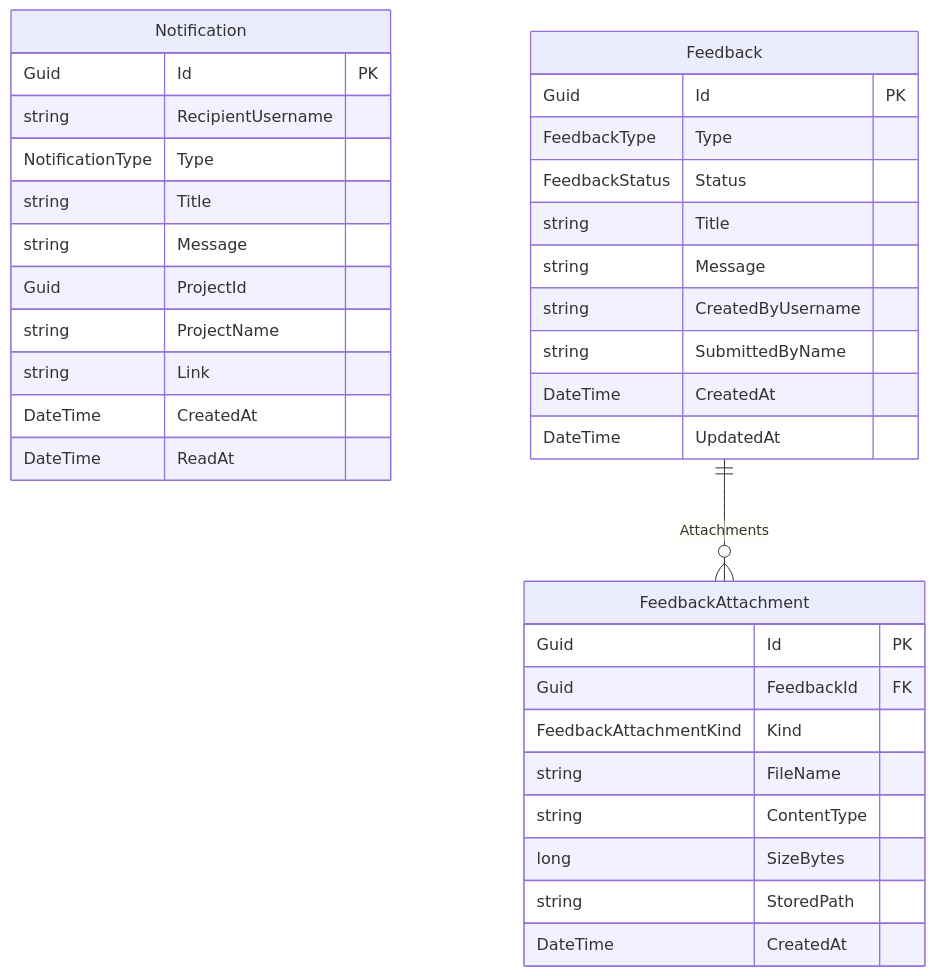
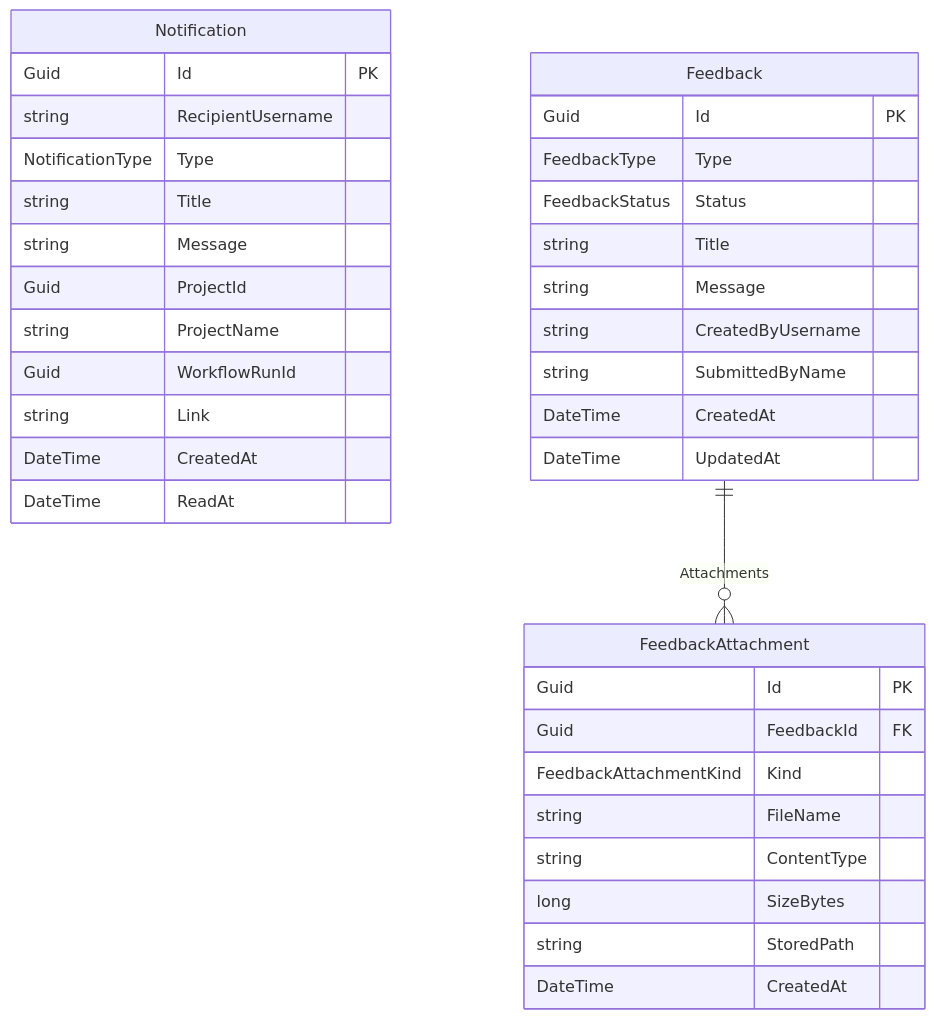
The seventh of 9 diagrams in docs/data-model.md (Songlong0506/ICOGenerator-v4), drawn with Mermaid before and after one commit. The commit also changed other lines of this file and 39 other files, not shown here.

````diff
--- a/docs/data-model.md
+++ b/docs/data-model.md
@@ -422,40 +427,41 @@
 ```mermaid
 erDiagram
     Notification {
         Guid Id PK
         string RecipientUsername
         NotificationType Type
         string Title
         string Message
         Guid ProjectId
         string ProjectName
+        Guid WorkflowRunId
         string Link
         DateTime CreatedAt
         DateTime ReadAt
     }
 
     Feedback {
         Guid Id PK
         FeedbackType Type
         FeedbackStatus Status
         string Title
         string Message
         string CreatedByUsername
         string SubmittedByName
         DateTime CreatedAt
         DateTime UpdatedAt
     }
 
     FeedbackAttachment {
         Guid Id PK
         Guid FeedbackId FK
         FeedbackAttachmentKind Kind
         string FileName
         string ContentType
         long SizeBytes
         string StoredPath
         DateTime CreatedAt
     }
 
     Feedback ||--o{ FeedbackAttachment : Attachments
 ```
````
